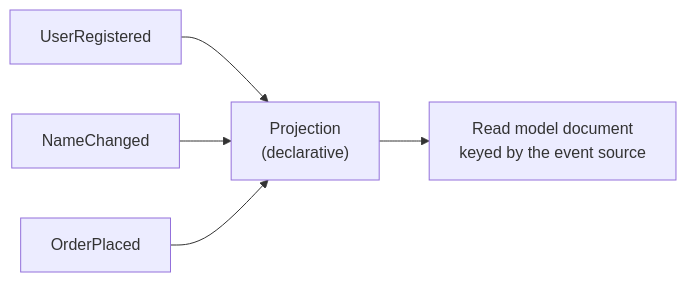
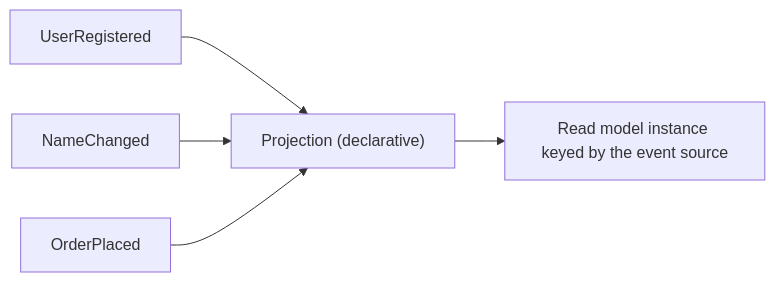
The diagram in Documentation/concepts/projection.md (Cratis/Chronicle), drawn with Mermaid before and after one commit. The commit also changed other lines of this file and 43 other files, not shown here.

````diff
--- a/Documentation/concepts/projection.md
+++ b/Documentation/concepts/projection.md
@@ -11,7 +11,7 @@
 ```mermaid
 flowchart LR
     E1["UserRegistered"] --> P
     E2["NameChanged"] --> P
-    E3["OrderPlaced"] --> P["Projection<br/>(declarative)"]
-    P --> RM["Read model document<br/>keyed by the event source"]
+    E3["OrderPlaced"] --> P["Projection (declarative)"]
+    P --> RM["Read model instance keyed by the event source"]
 ```
````
